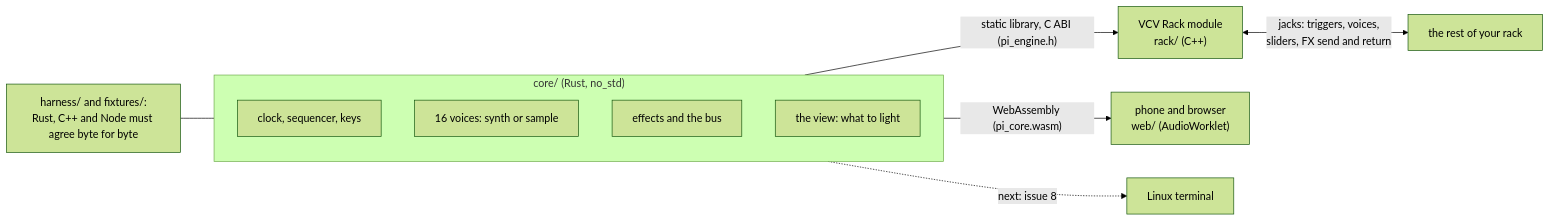
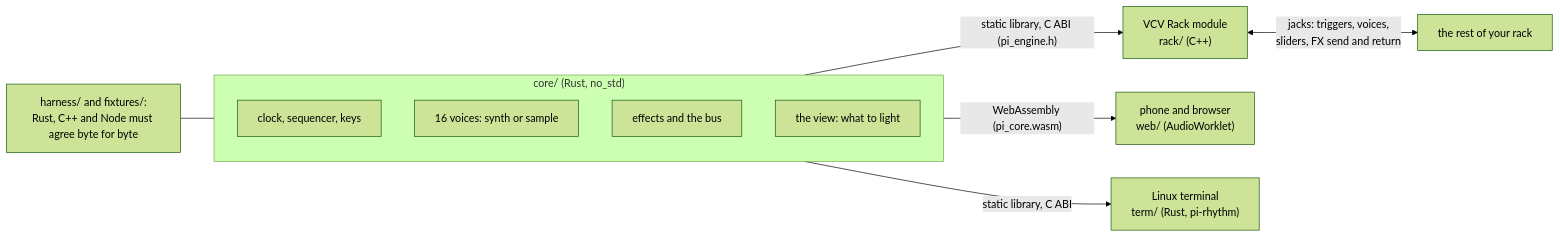
One commit to kinggs/pocket-instruments changed the diagram in README.md. Above: the diagram before and after it, drawn with Mermaid (forest theme). The commit also changed other lines of this file and 1 other file, not shown here.

First line of the commit message:
README: the terminal host, with a screenshot of it playing (#119)

````diff
--- a/README.md
+++ b/README.md
@@ -143,14 +152,14 @@
 ```mermaid
 flowchart LR
   subgraph core["core/ (Rust, no_std)"]
     seq["clock, sequencer, keys"]
     voices["16 voices: synth or sample"]
     fx["effects and the bus"]
     view["the view: what to light"]
   end
   core -- "static library, C ABI (pi_engine.h)" --> rack["VCV Rack module<br/>rack/ (C++)"]
   core -- "WebAssembly (pi_core.wasm)" --> web["phone and browser<br/>web/ (AudioWorklet)"]
-  core -. "next: issue 8" .-> tui["Linux terminal"]
+  core -- "static library, C ABI" --> tui["Linux terminal<br/>term/ (Rust, pi-rhythm)"]
   rack <-- "jacks: triggers, voices,<br/>sliders, FX send and return" --> patch["the rest of your rack"]
   harness["harness/ and fixtures/:<br/>Rust, C++ and Node must agree byte for byte"] --- core
 ```
````
